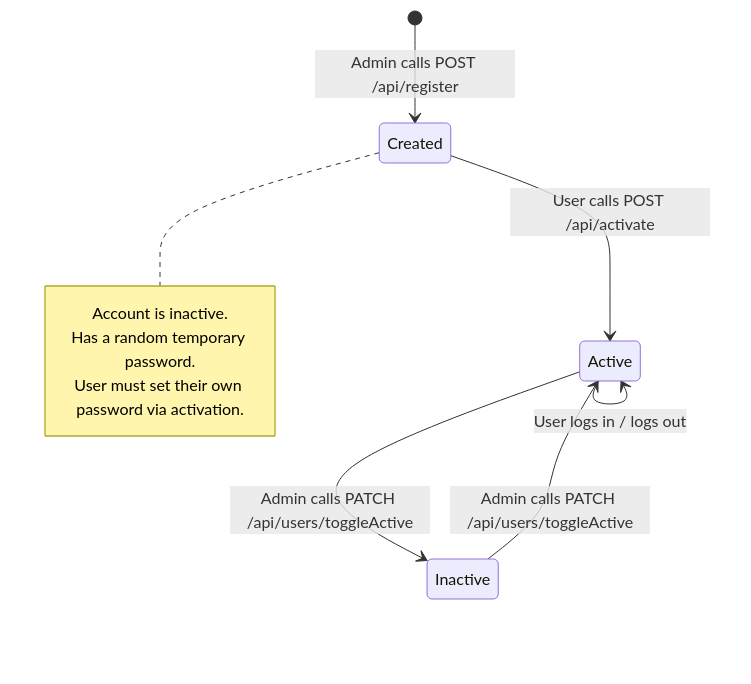
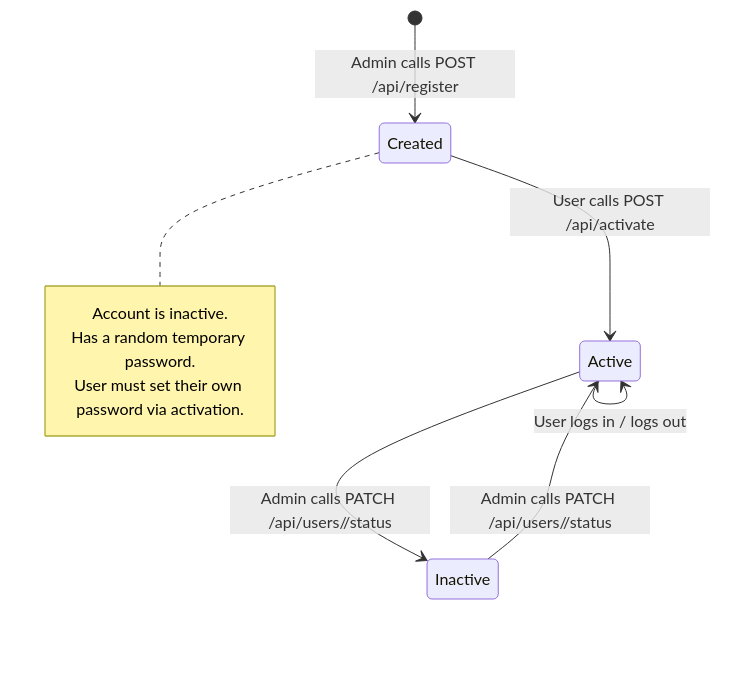
One commit to jhssilv/corcel-platform changed the first of 2 diagrams in api/docs/authentication.md. Above: the diagram before and after it, drawn with Mermaid. The commit also changed other lines of this file and 2 other files, not shown here.

````diff
--- a/api/docs/authentication.md
+++ b/api/docs/authentication.md
@@ -21,14 +21,14 @@
 ```mermaid
 stateDiagram-v2
     [*] --> Created: Admin calls POST /api/register
     Created --> Active: User calls POST /api/activate
-    Active --> Inactive: Admin calls PATCH /api/users/toggleActive
-    Inactive --> Active: Admin calls PATCH /api/users/toggleActive
+    Active --> Inactive: Admin calls PATCH /api/users/<username>/status
+    Inactive --> Active: Admin calls PATCH /api/users/<username>/status
     Active --> Active: User logs in / logs out
 
     note right of Created
         Account is inactive.
         Has a random temporary password.
         User must set their own password via activation.
     end note
 ```
````
